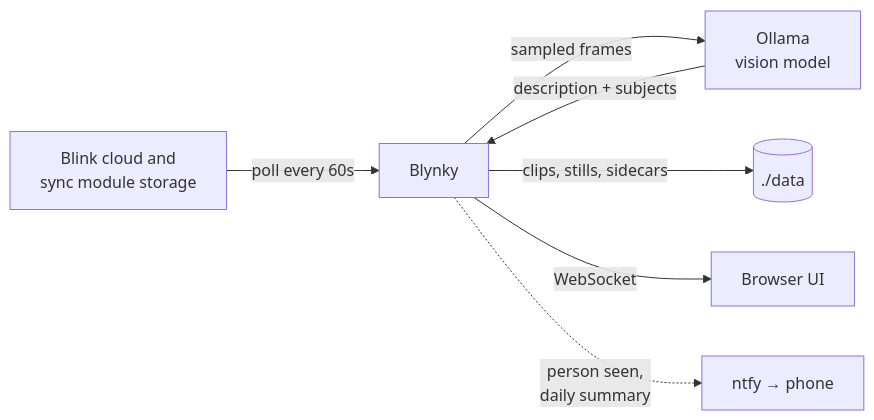
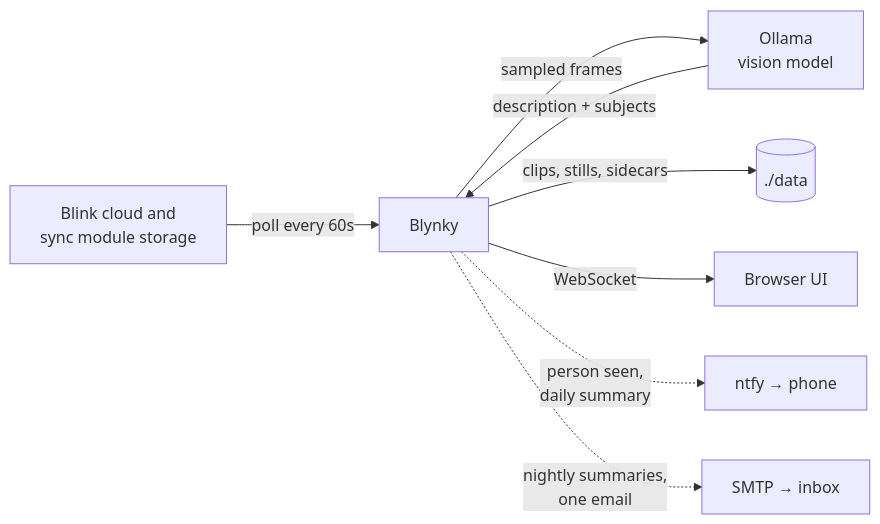
The diagram in README.md (gudlyf/blynky), drawn with Mermaid before and after one commit. The commit also changed other lines of this file and 2 other files, not shown here.

First line of the commit message:
docs: show email delivery in the README chart and docs (#46)

````diff
--- a/README.md
+++ b/README.md
@@ -46,9 +46,10 @@
 ```mermaid
 flowchart LR
     B[Blink cloud and<br>sync module storage] -- poll every 60s --> M[Blynky]
     M -- sampled frames --> O[Ollama<br>vision model]
     O -- description + subjects --> M
     M -- clips, stills, sidecars --> D[(./data)]
     M -- WebSocket --> UI[Browser UI]
     M -. person seen,<br>daily summary .-> N[ntfy → phone]
+    M -. nightly summaries,<br>one email .-> E[SMTP → inbox]
 ```
````
